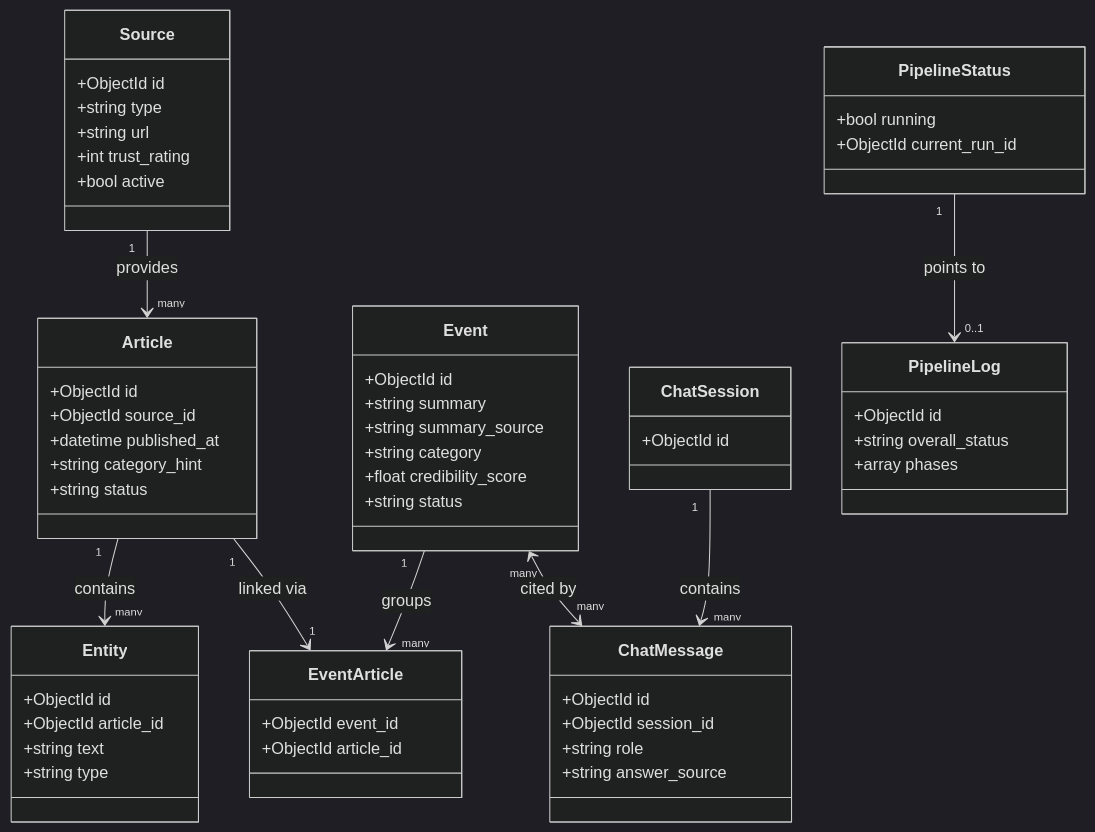
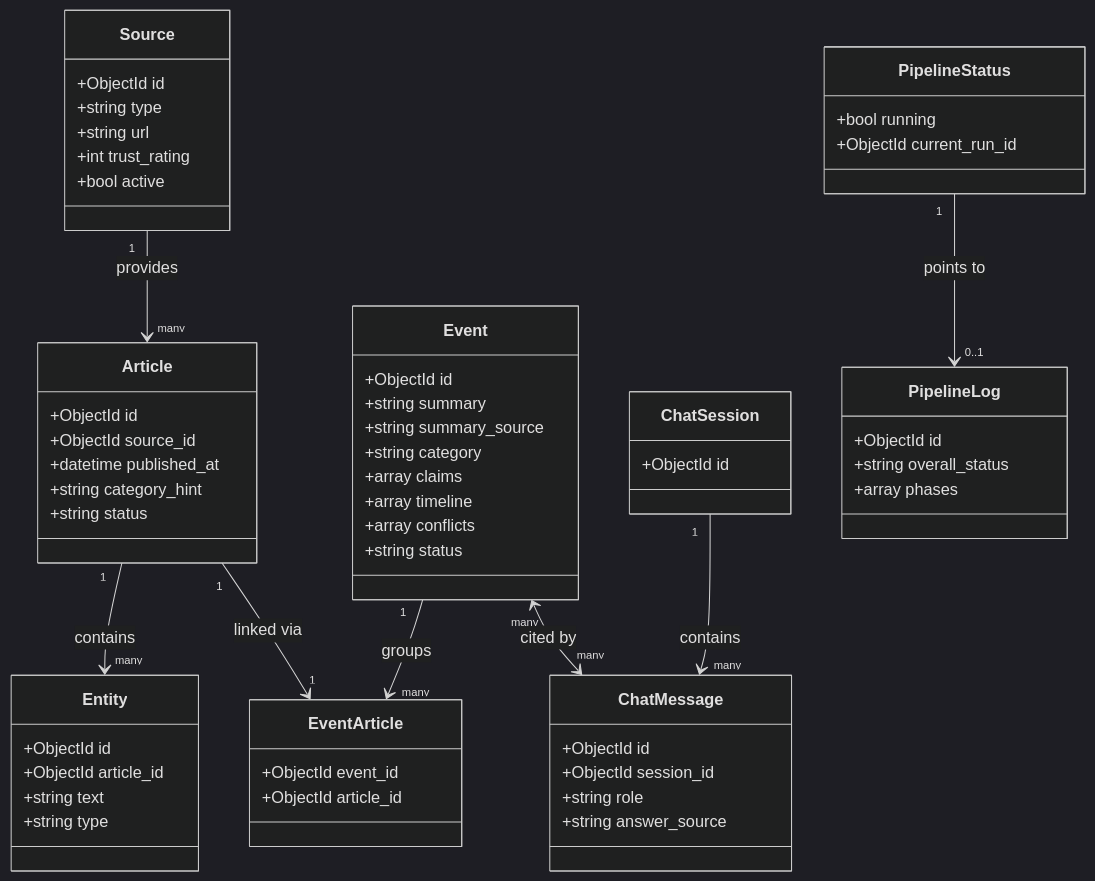
Before and after one commit to Charanraju360/military-v2: the second of 6 diagrams in docs/10-uml-diagrams.md, drawn with Mermaid (dark theme). The commit also changed other lines of this file and 45 other files, not shown here.

````diff
--- a/docs/10-uml-diagrams.md
+++ b/docs/10-uml-diagrams.md
@@ -28,61 +28,63 @@
 ```mermaid
 classDiagram
     class Source {
         +ObjectId id
         +string type
         +string url
         +int trust_rating
         +bool active
     }
     class Article {
         +ObjectId id
         +ObjectId source_id
         +datetime published_at
         +string category_hint
         +string status
     }
     class Entity {
         +ObjectId id
         +ObjectId article_id
         +string text
         +string type
     }
     class Event {
         +ObjectId id
         +string summary
         +string summary_source
         +string category
-        +float credibility_score
+        +array claims
+        +array timeline
+        +array conflicts
         +string status
     }
     class EventArticle {
         +ObjectId event_id
         +ObjectId article_id
     }
     class ChatSession {
         +ObjectId id
     }
     class ChatMessage {
         +ObjectId id
         +ObjectId session_id
         +string role
         +string answer_source
     }
     class PipelineLog {
         +ObjectId id
         +string overall_status
         +array phases
     }
     class PipelineStatus {
         +bool running
         +ObjectId current_run_id
     }
 
     Source "1" --> "many" Article : provides
     Article "1" --> "many" Entity : contains
     Event "1" --> "many" EventArticle : groups
     Article "1" --> "1" EventArticle : linked via
     ChatSession "1" --> "many" ChatMessage : contains
     Event "many" <--> "many" ChatMessage : cited by
     PipelineStatus "1" --> "0..1" PipelineLog : points to
 ```
````
